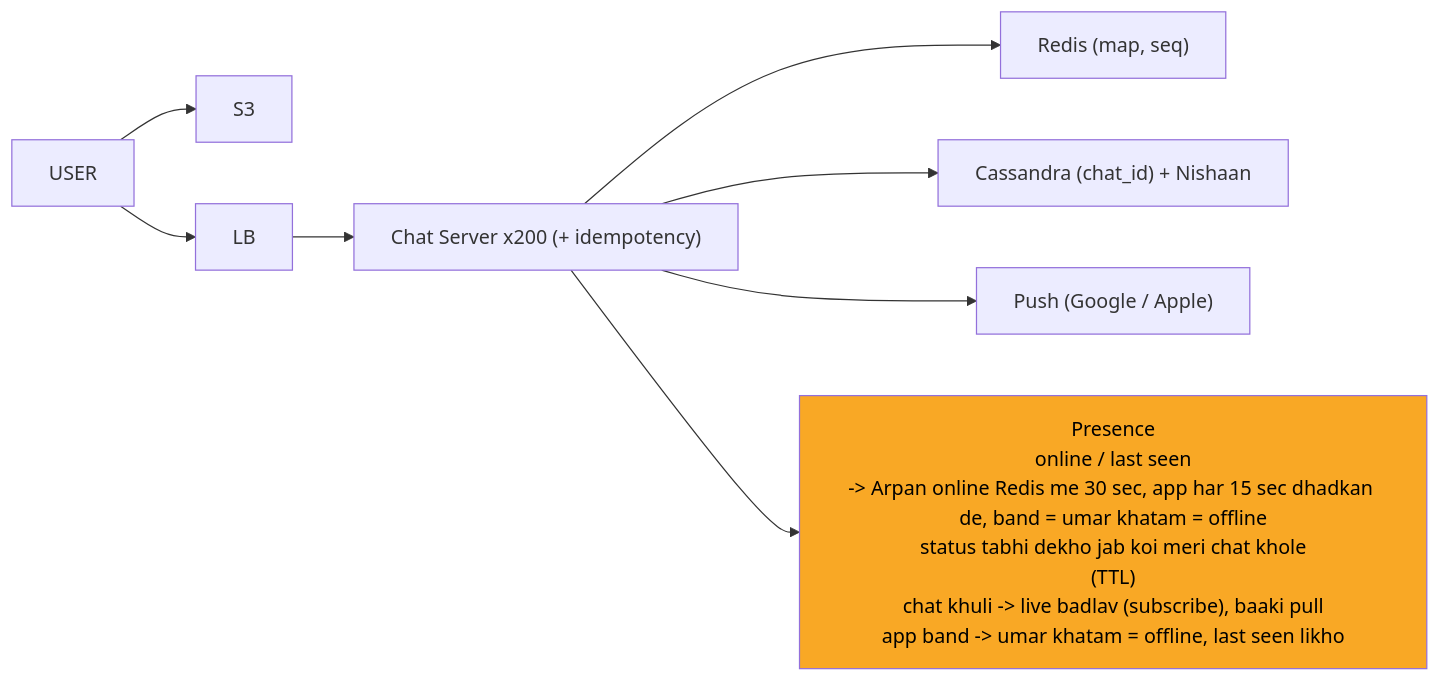
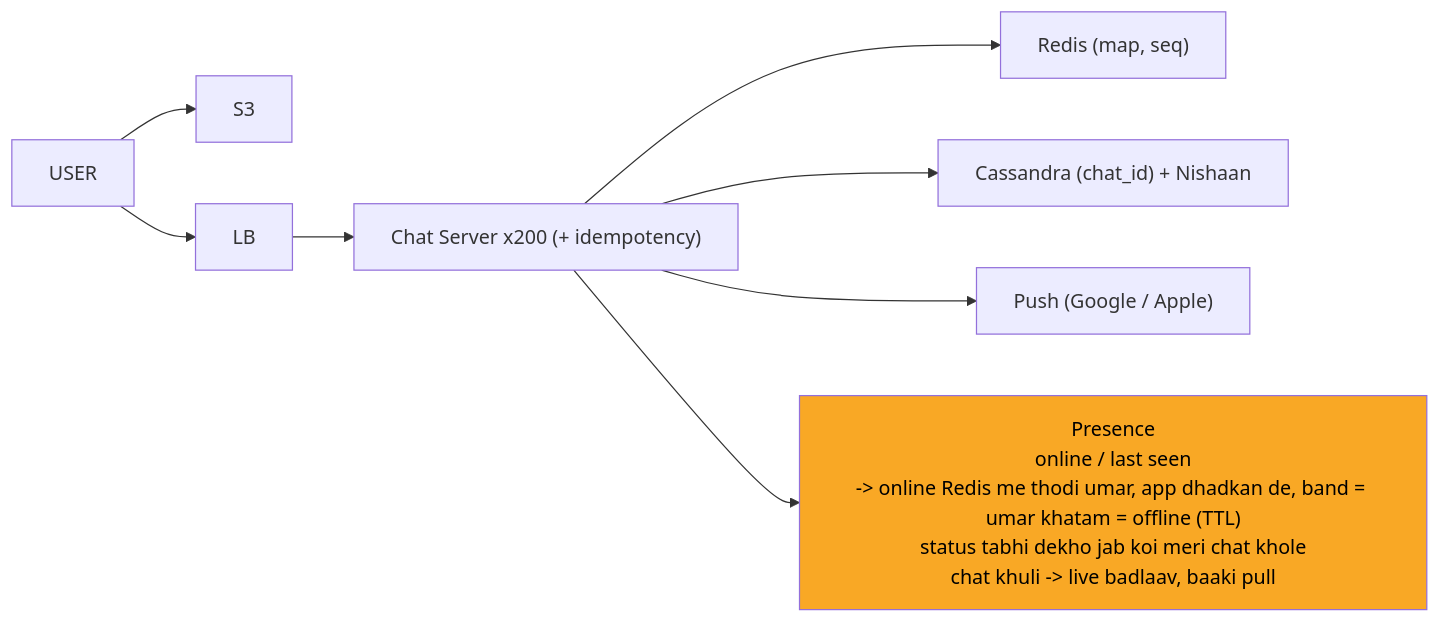
Before and after one commit to ArpanMaheshwari144/Prep: the diagram in 04_HLD/SYSTEM_DESIGNS/14_chat_messaging/img/c10.mmd, drawn with Mermaid. The commit also changed 43 other files, not shown here.

```diff
--- a/04_HLD/SYSTEM_DESIGNS/14_chat_messaging/img/c10.mmd
+++ b/04_HLD/SYSTEM_DESIGNS/14_chat_messaging/img/c10.mmd
@@ -1,18 +1,18 @@
 %%{init: {"flowchart": {"wrappingWidth": 450}}}%%
 flowchart LR
     n_S3["S3"]
     n_U["USER"]
     n_LB["LB"]
     n_CS["Chat Server x200 (+ idempotency)"]
     n_R["Redis (map, seq)"]
     n_CA["Cassandra (chat_id) + Nishaan"]
     n_P["Push (Google / Apple)"]
-    n_PR["Presence<br/>online / last seen<br/>-> Arpan online Redis me 30 sec, app har 15 sec dhadkan de, band = umar khatam = offline<br/>status tabhi dekho jab koi meri chat khole<br/>(TTL)<br/>chat khuli -> live badlav (subscribe), baaki pull<br/>app band -> umar khatam = offline, last seen likho"]
+    n_PR["Presence<br/>online / last seen<br/>-> online Redis me thodi umar, app dhadkan de, band = umar khatam = offline (TTL)<br/>status tabhi dekho jab koi meri chat khole<br/>chat khuli -> live badlaav, baaki pull"]
     n_U --> n_S3
     n_U --> n_LB
     n_LB --> n_CS
     n_CS --> n_R
     n_CS --> n_CA
     n_CS --> n_P
     n_CS --> n_PR
     style n_PR fill:#f9a825,color:#000
```
